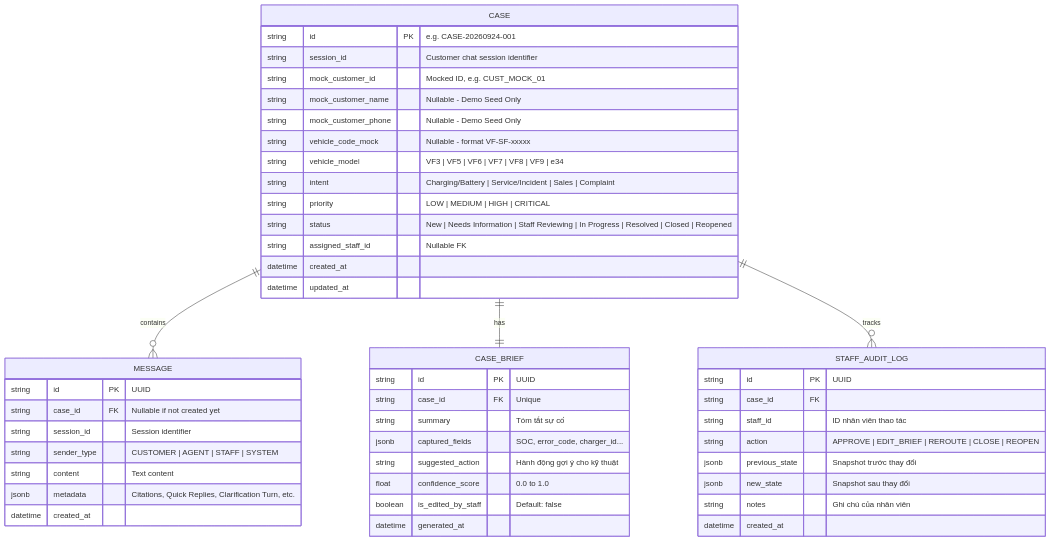
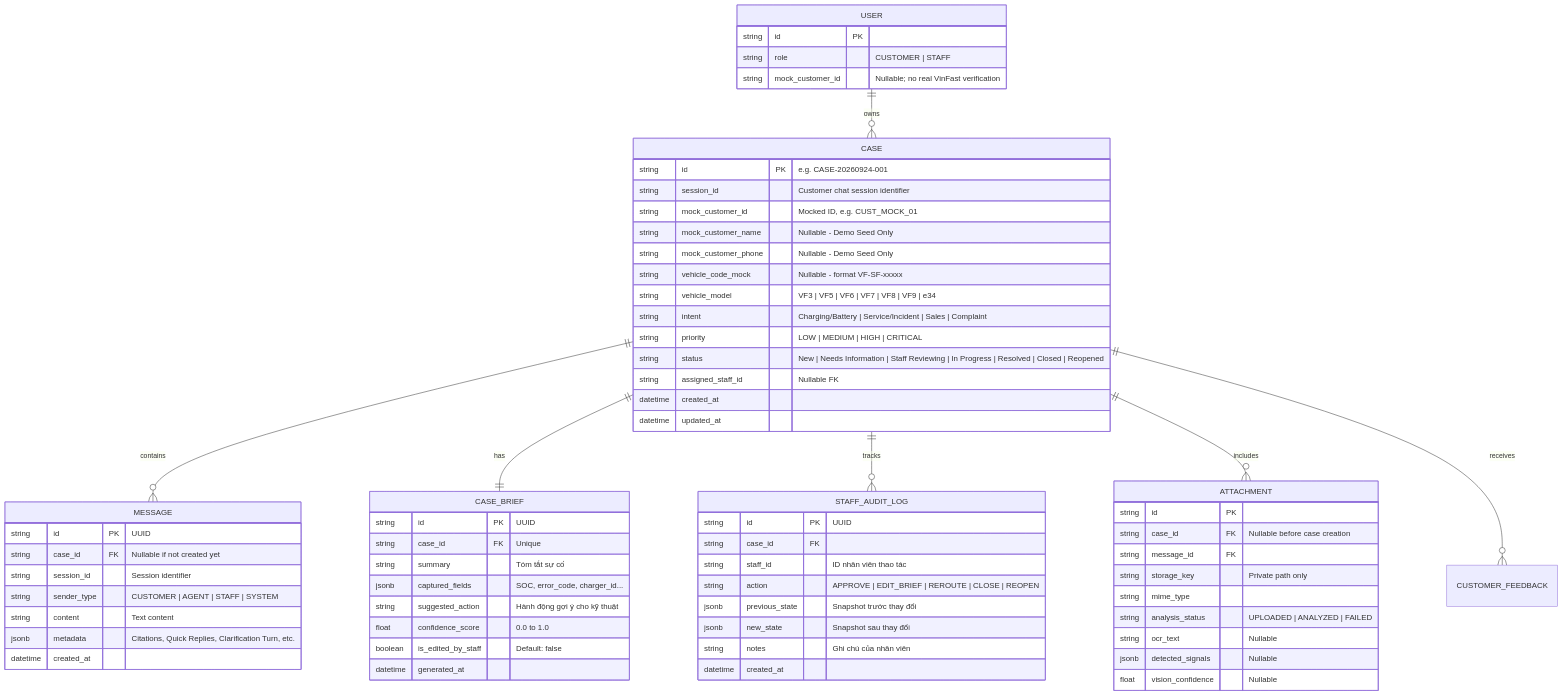
One commit to TheViet298/viet-ai changed the diagram in docs/architecture/data-model.md. Above: the diagram before and after it, drawn with Mermaid. The commit also changed other lines of this file and 14 other files, not shown here.

Commit message:
docs: update architecture, design, and specifications

````diff
--- a/docs/architecture/data-model.md
+++ b/docs/architecture/data-model.md
@@ -29,54 +29,75 @@
 ```mermaid
 erDiagram
     CASE ||--o{ MESSAGE : contains
     CASE ||--|| CASE_BRIEF : has
     CASE ||--o{ STAFF_AUDIT_LOG : tracks
+    CASE ||--o{ ATTACHMENT : includes
+    CASE ||--o{ CUSTOMER_FEEDBACK : receives
+    USER ||--o{ CASE : owns
     
     CASE {
         string id PK "e.g. CASE-20260924-001"
         string session_id "Customer chat session identifier"
         string mock_customer_id "Mocked ID, e.g. CUST_MOCK_01"
         string mock_customer_name "Nullable - Demo Seed Only"
         string mock_customer_phone "Nullable - Demo Seed Only"
         string vehicle_code_mock "Nullable - format VF-SF-xxxxx"
         string vehicle_model "VF3 | VF5 | VF6 | VF7 | VF8 | VF9 | e34"
         string intent "Charging/Battery | Service/Incident | Sales | Complaint"
         string priority "LOW | MEDIUM | HIGH | CRITICAL"
         string status "New | Needs Information | Staff Reviewing | In Progress | Resolved | Closed | Reopened"
         string assigned_staff_id "Nullable FK"
         datetime created_at
         datetime updated_at
+    }
+
+    USER {
+        string id PK
+        string role "CUSTOMER | STAFF"
+        string mock_customer_id "Nullable; no real VinFast verification"
+    }
+
+    ATTACHMENT {
+        string id PK
+        string case_id FK "Nullable before case creation"
+        string message_id FK
+        string storage_key "Private path only"
+        string mime_type
+        string analysis_status "UPLOADED | ANALYZED | FAILED"
+        string ocr_text "Nullable"
+        jsonb detected_signals "Nullable"
+        float vision_confidence "Nullable"
     }
 
     MESSAGE {
         string id PK "UUID"
         string case_id FK "Nullable if not created yet"
         string session_id "Session identifier"
         string sender_type "CUSTOMER | AGENT | STAFF | SYSTEM"
         string content "Text content"
         jsonb metadata "Citations, Quick Replies, Clarification Turn, etc."
         datetime created_at
     }
 
     CASE_BRIEF {
         string id PK "UUID"
         string case_id FK "Unique"
         string summary "Tóm tắt sự cố"
         jsonb captured_fields "SOC, error_code, charger_id..."
         string suggested_action "Hành động gợi ý cho kỹ thuật"
         float confidence_score "0.0 to 1.0"
         boolean is_edited_by_staff "Default: false"
         datetime generated_at
     }
 
     STAFF_AUDIT_LOG {
         string id PK "UUID"
         string case_id FK
         string staff_id "ID nhân viên thao tác"
         string action "APPROVE | EDIT_BRIEF | REROUTE | CLOSE | REOPEN"
         jsonb previous_state "Snapshot trước thay đổi"
         jsonb new_state "Snapshot sau thay đổi"
         string notes "Ghi chú của nhân viên"
         datetime created_at
     }
 ```
````
